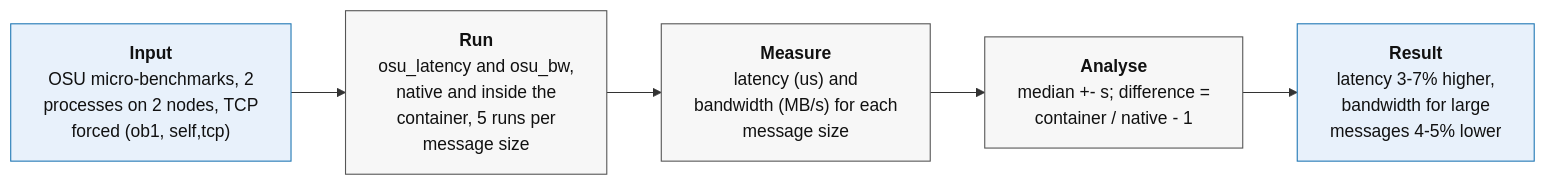
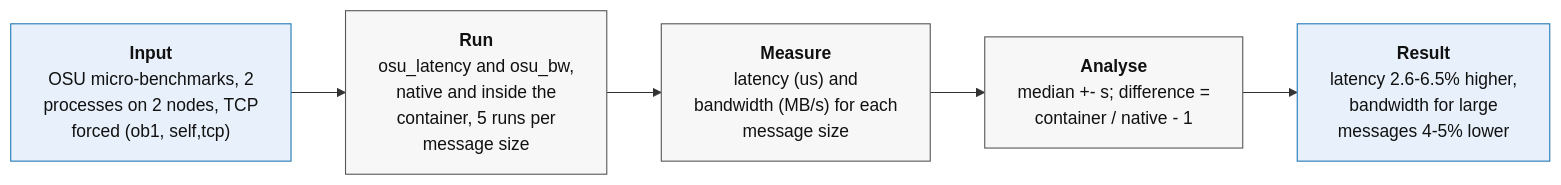
Diagram 16 of 16 in Nbody_serial/FINAL_REPORT.md (emmadariol/HPC_exam), drawn with Mermaid before and after one commit. The commit also changed other lines of this file and 3 other files, not shown here.

````diff
--- a/Nbody_serial/FINAL_REPORT.md
+++ b/Nbody_serial/FINAL_REPORT.md
@@ -1255,13 +1145,13 @@
 ```mermaid
 flowchart LR
   A["<b>Input</b><br/>OSU micro-benchmarks, 2<br/>processes on 2 nodes, TCP<br/>forced (ob1, self,tcp)"]
   B["<b>Run</b><br/>osu_latency and osu_bw,<br/>native and inside the<br/>container, 5 runs per<br/>message size"]
   C["<b>Measure</b><br/>latency (us) and<br/>bandwidth (MB/s) for each<br/>message size"]
   D["<b>Analyse</b><br/>median +- s; difference =<br/>container / native - 1"]
-  E["<b>Result</b><br/>latency 3-7% higher,<br/>bandwidth for large<br/>messages 4-5% lower"]
+  E["<b>Result</b><br/>latency 2.6-6.5% higher,<br/>bandwidth for large<br/>messages 4-5% lower"]
   A --> B --> C --> D --> E
   classDef io fill:#e8f1fb,stroke:#1f77b4,color:#111;
   classDef step fill:#f7f7f7,stroke:#555,color:#111;
   class A,E io;
   class B,C,D step;
 ```
````
